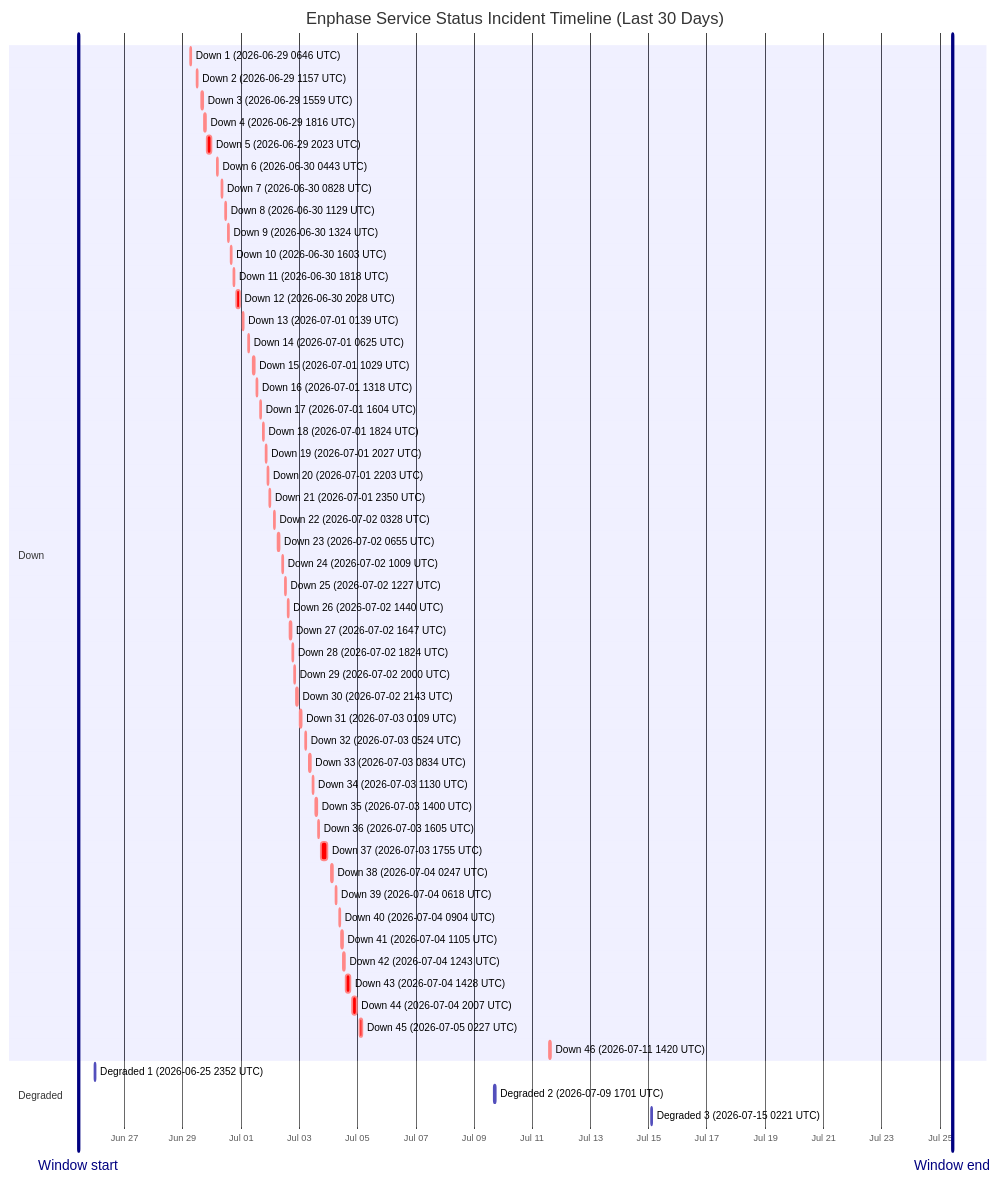
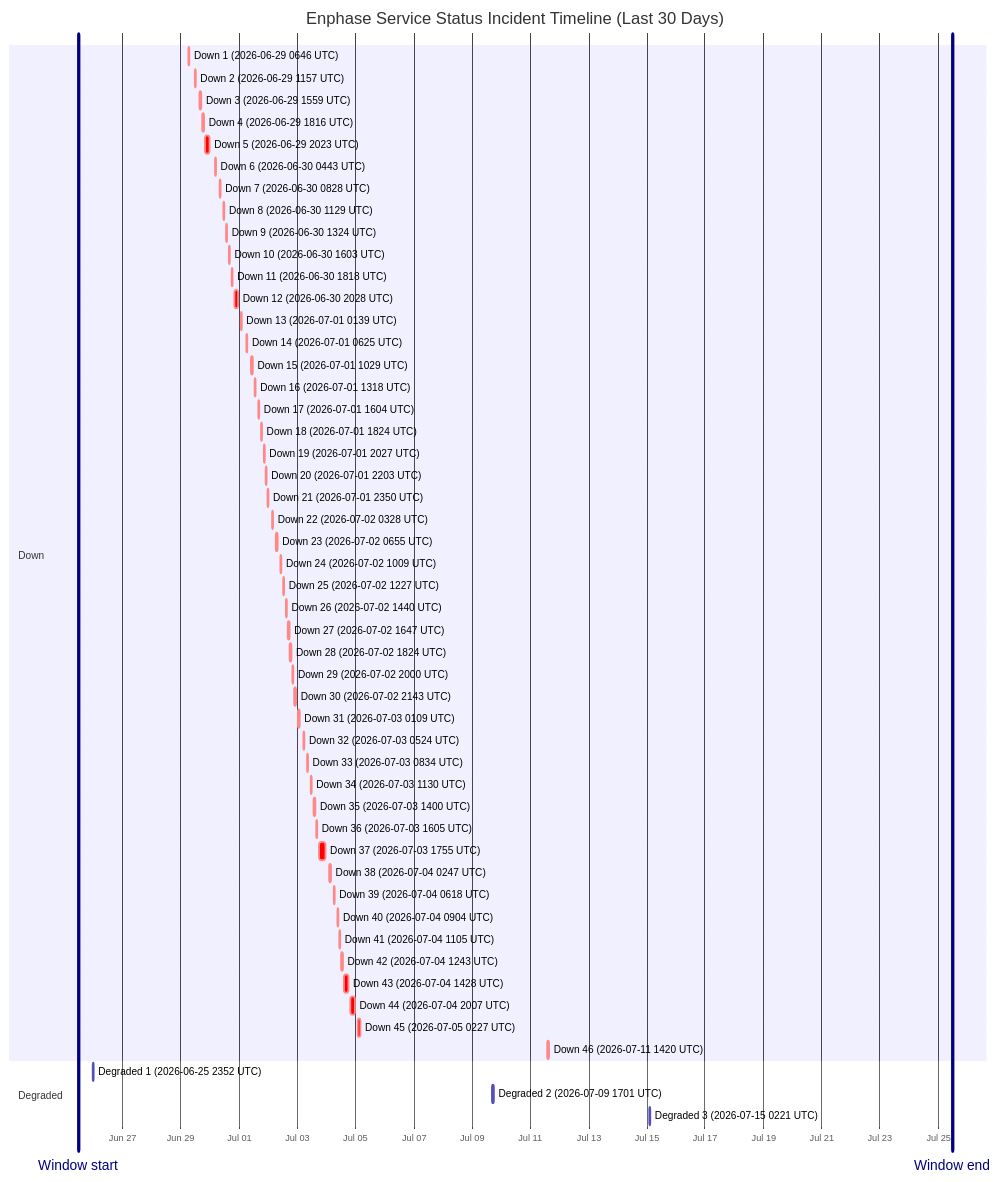
One commit to barneyonline/ha-enphase-energy changed the diagram in wiki/Service-Status-History.md. Above: the diagram before and after it, drawn with Mermaid. The commit also changed other lines of this file and 3 other files, not shown here.

````diff
--- a/wiki/Service-Status-History.md
+++ b/wiki/Service-Status-History.md
@@ -14,59 +14,59 @@
 ```mermaid
 gantt
     title Enphase Service Status Incident Timeline (Last 30 Days)
     dateFormat  YYYY-MM-DDTHH:mm:ss
     axisFormat  %b %d
-    Window start :vert, window-start, 2026-06-25T10:10:41, 0ms
-    Window end :vert, window-end, 2026-07-25T10:10:41, 0ms
+    Window start :vert, window-start, 2026-06-25T11:43:16, 0ms
+    Window end :vert, window-end, 2026-07-25T11:43:16, 0ms
     section Down
     Down 1 (2026-06-29 0646 UTC) :crit, down-1, 2026-06-29T06:46:18, 60m
     Down 2 (2026-06-29 1157 UTC) :crit, down-2, 2026-06-29T11:57:36, 60m
     Down 3 (2026-06-29 1559 UTC) :crit, down-3, 2026-06-29T15:59:02, 60m
     Down 4 (2026-06-29 1816 UTC) :crit, down-4, 2026-06-29T18:16:38, 60m
     Down 5 (2026-06-29 2023 UTC) :crit, down-5, 2026-06-29T20:23:16, 220m
     Down 6 (2026-06-30 0443 UTC) :crit, down-6, 2026-06-30T04:43:54, 60m
     Down 7 (2026-06-30 0828 UTC) :crit, down-7, 2026-06-30T08:28:43, 60m
     Down 8 (2026-06-30 1129 UTC) :crit, down-8, 2026-06-30T11:29:15, 60m
     Down 9 (2026-06-30 1324 UTC) :crit, down-9, 2026-06-30T13:24:25, 60m
     Down 10 (2026-06-30 1603 UTC) :crit, down-10, 2026-06-30T16:03:26, 60m
     Down 11 (2026-06-30 1818 UTC) :crit, down-11, 2026-06-30T18:18:39, 60m
     Down 12 (2026-06-30 2028 UTC) :crit, down-12, 2026-06-30T20:28:54, 171m
     Down 13 (2026-07-01 0139 UTC) :crit, down-13, 2026-07-01T01:39:18, 60m
     Down 14 (2026-07-01 0625 UTC) :crit, down-14, 2026-07-01T06:25:35, 60m
     Down 15 (2026-07-01 1029 UTC) :crit, down-15, 2026-07-01T10:29:24, 60m
     Down 16 (2026-07-01 1318 UTC) :crit, down-16, 2026-07-01T13:18:31, 60m
     Down 17 (2026-07-01 1604 UTC) :crit, down-17, 2026-07-01T16:04:29, 60m
     Down 18 (2026-07-01 1824 UTC) :crit, down-18, 2026-07-01T18:24:21, 60m
     Down 19 (2026-07-01 2027 UTC) :crit, down-19, 2026-07-01T20:27:17, 60m
     Down 20 (2026-07-01 2203 UTC) :crit, down-20, 2026-07-01T22:03:46, 60m
     Down 21 (2026-07-01 2350 UTC) :crit, down-21, 2026-07-01T23:50:52, 60m
     Down 22 (2026-07-02 0328 UTC) :crit, down-22, 2026-07-02T03:28:33, 60m
     Down 23 (2026-07-02 0655 UTC) :crit, down-23, 2026-07-02T06:55:07, 60m
     Down 24 (2026-07-02 1009 UTC) :crit, down-24, 2026-07-02T10:09:15, 60m
     Down 25 (2026-07-02 1227 UTC) :crit, down-25, 2026-07-02T12:27:49, 60m
     Down 26 (2026-07-02 1440 UTC) :crit, down-26, 2026-07-02T14:40:53, 60m
     Down 27 (2026-07-02 1647 UTC) :crit, down-27, 2026-07-02T16:47:47, 60m
     Down 28 (2026-07-02 1824 UTC) :crit, down-28, 2026-07-02T18:24:26, 60m
     Down 29 (2026-07-02 2000 UTC) :crit, down-29, 2026-07-02T20:00:57, 60m
     Down 30 (2026-07-02 2143 UTC) :crit, down-30, 2026-07-02T21:43:52, 80m
     Down 31 (2026-07-03 0109 UTC) :crit, down-31, 2026-07-03T01:09:19, 60m
     Down 32 (2026-07-03 0524 UTC) :crit, down-32, 2026-07-03T05:24:23, 60m
     Down 33 (2026-07-03 0834 UTC) :crit, down-33, 2026-07-03T08:34:05, 60m
     Down 34 (2026-07-03 1130 UTC) :crit, down-34, 2026-07-03T11:30:41, 60m
     Down 35 (2026-07-03 1400 UTC) :crit, down-35, 2026-07-03T14:00:48, 60m
     Down 36 (2026-07-03 1605 UTC) :crit, down-36, 2026-07-03T16:05:49, 60m
     Down 37 (2026-07-03 1755 UTC) :crit, down-37, 2026-07-03T17:55:54, 338m
     Down 38 (2026-07-04 0247 UTC) :crit, down-38, 2026-07-04T02:47:22, 60m
     Down 39 (2026-07-04 0618 UTC) :crit, down-39, 2026-07-04T06:18:09, 60m
     Down 40 (2026-07-04 0904 UTC) :crit, down-40, 2026-07-04T09:04:41, 60m
     Down 41 (2026-07-04 1105 UTC) :crit, down-41, 2026-07-04T11:05:21, 60m
     Down 42 (2026-07-04 1243 UTC) :crit, down-42, 2026-07-04T12:43:25, 60m
     Down 43 (2026-07-04 1428 UTC) :crit, down-43, 2026-07-04T14:28:07, 243m
     Down 44 (2026-07-04 2007 UTC) :crit, down-44, 2026-07-04T20:07:50, 206m
     Down 45 (2026-07-05 0227 UTC) :crit, down-45, 2026-07-05T02:27:32, 109m
     Down 46 (2026-07-11 1420 UTC) :crit, down-46, 2026-07-11T14:20:54, 69m
     section Degraded
     Degraded 1 (2026-06-25 2352 UTC) :active, degraded-1, 2026-06-25T23:52:01, 60m
     Degraded 2 (2026-07-09 1701 UTC) :active, degraded-2, 2026-07-09T17:01:02, 60m
     Degraded 3 (2026-07-15 0221 UTC) :active, degraded-3, 2026-07-15T02:21:35, 60m
 ```
````
